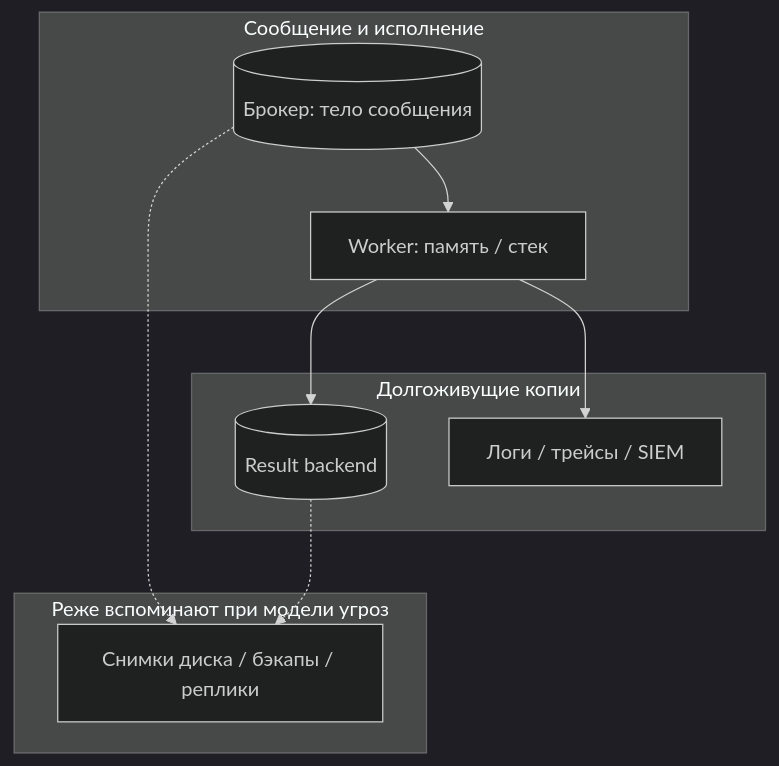
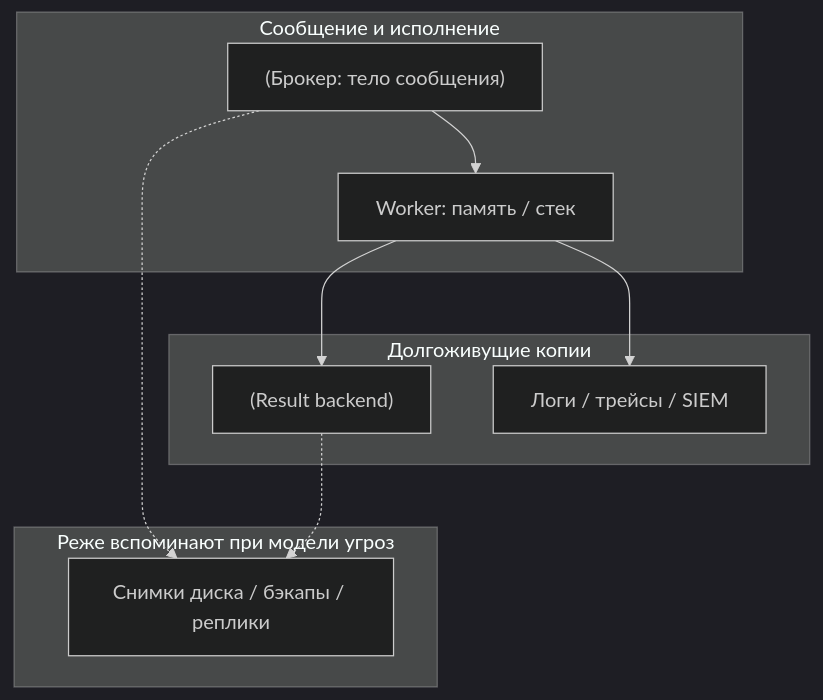
One commit to DDoSKudya/ai-study-atlas changed the diagram in directions/services/celery/pact/17_bezopasnost_celery/13_17_17_4_zashchita_dannykh_v_soobshcheniyakh_rezultatakh_i_logakh.md. Above: the diagram before and after it, drawn with Mermaid (dark theme). The commit also changed 322 other files, not shown here.

Commit message:
fix(docs): make mermaid diagrams GitHub-compatible across directions content

````diff
--- a/directions/services/celery/pact/17_bezopasnost_celery/13_17_17_4_zashchita_dannykh_v_soobshcheniyakh_rezultatakh_i_logakh.md
+++ b/directions/services/celery/pact/17_bezopasnost_celery/13_17_17_4_zashchita_dannykh_v_soobshcheniyakh_rezultatakh_i_logakh.md
@@ -139,19 +139,19 @@
 ```mermaid
 flowchart TB
   subgraph flight["Сообщение и исполнение"]
-    BR[(Брокер: тело сообщения)]
-    W[Worker: память / стек]
+    BR["(Брокер: тело сообщения)"]
+    W["Worker: память / стек"]
   end
   subgraph stored["Долгоживущие копии"]
-    RB[(Result backend)]
-    LOG[Логи / трейсы / SIEM]
+    RB["(Result backend)"]
+    LOG["Логи / трейсы / SIEM"]
   end
   subgraph cold["Реже вспоминают при модели угроз"]
-    SNAP[Снимки диска / бэкапы / реплики]
+    SNAP["Снимки диска / бэкапы / реплики"]
   end
   BR --> W
   W --> RB
   W --> LOG
   BR -.-> SNAP
   RB -.-> SNAP
 ```
````
